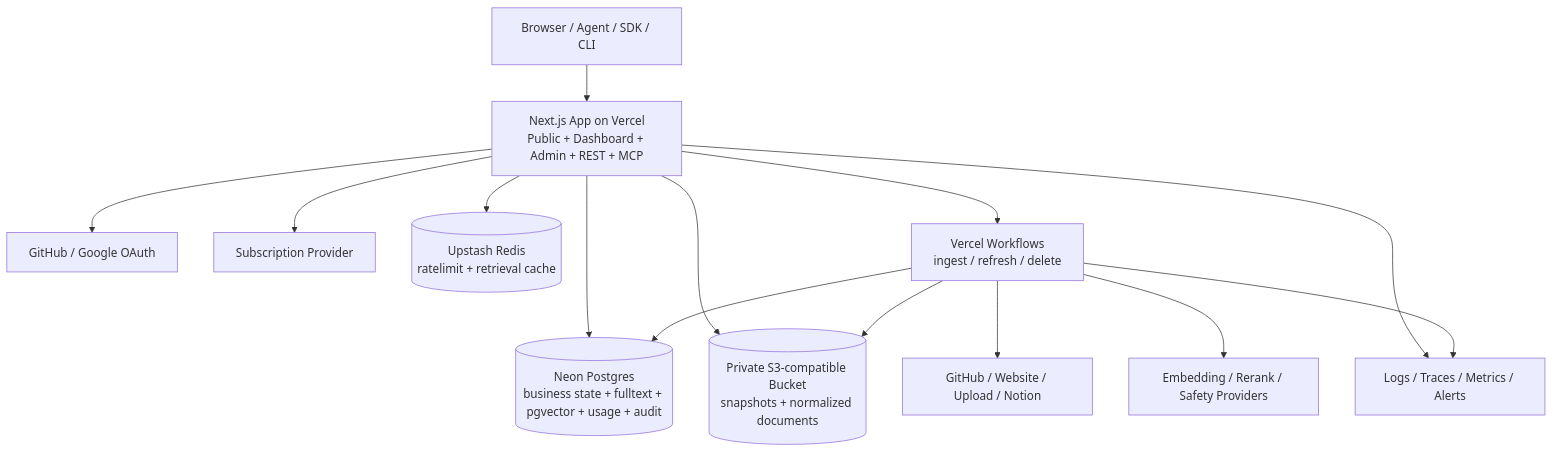
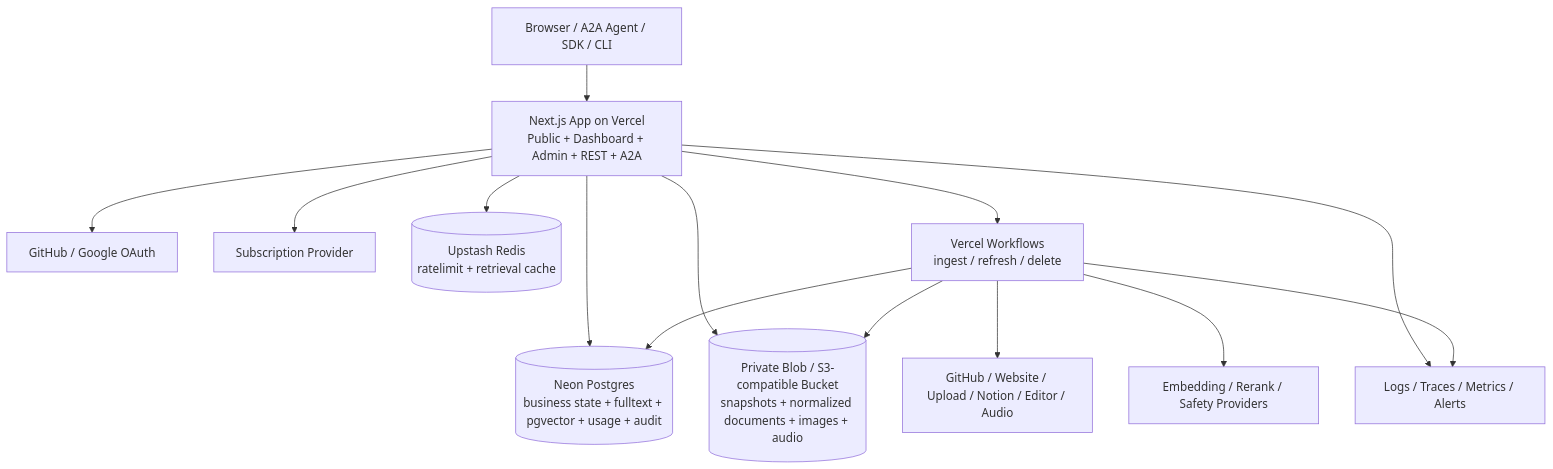
The first of 2 diagrams in architecture.md (symphonyprotocol-lab/re0), drawn with Mermaid before and after one commit. The commit also changed other lines of this file and 5 other files, not shown here.

````diff
--- a/architecture.md
+++ b/architecture.md
@@ -100,28 +100,28 @@
 ```mermaid
 flowchart TB
-    Clients["Browser / Agent / SDK / CLI"]
-    Edge["Next.js App on Vercel\nPublic + Dashboard + Admin + REST + MCP"]
+    Clients["Browser / A2A Agent / SDK / CLI"]
+    Edge["Next.js App on Vercel\nPublic + Dashboard + Admin + REST + A2A"]
     Identity["GitHub / Google OAuth"]
     Payment["Subscription Provider"]
     PG[("Neon Postgres\nbusiness state + fulltext + pgvector + usage + audit")]
-    OBJ[("Private S3-compatible Bucket\nsnapshots + normalized documents")]
+    OBJ[("Private Blob / S3-compatible Bucket\nsnapshots + normalized documents + images + audio")]
     CACHE[("Upstash Redis\nratelimit + retrieval cache")]
     WF["Vercel Workflows\ningest / refresh / delete"]
-    Sources["GitHub / Website / Upload / Notion"]
+    Sources["GitHub / Website / Upload / Notion / Editor / Audio"]
     AI["Embedding / Rerank / Safety Providers"]
     Obs["Logs / Traces / Metrics / Alerts"]
 
     Clients --> Edge
     Edge --> Identity
     Edge --> Payment
     Edge --> PG
     Edge --> OBJ
     Edge --> CACHE
     Edge --> WF
     WF --> Sources
     WF --> AI
     WF --> PG
     WF --> OBJ
     Edge --> Obs
     WF --> Obs
 ```
````
